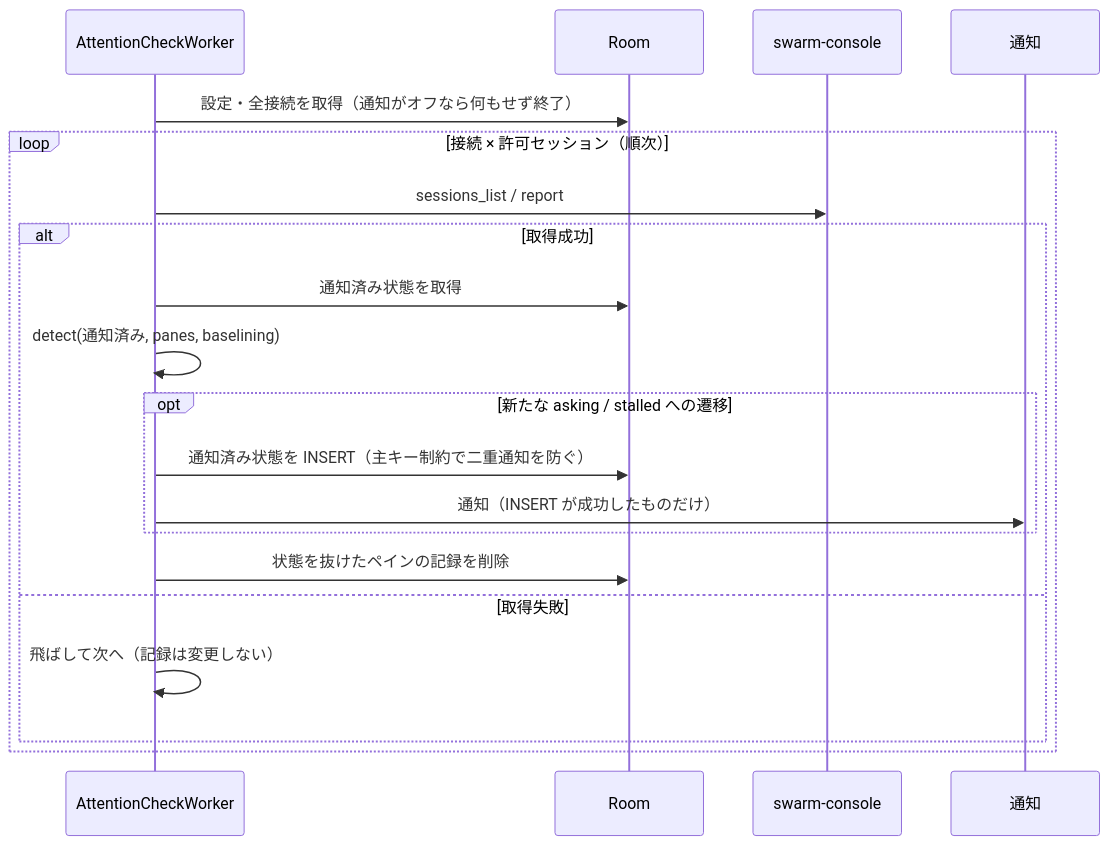
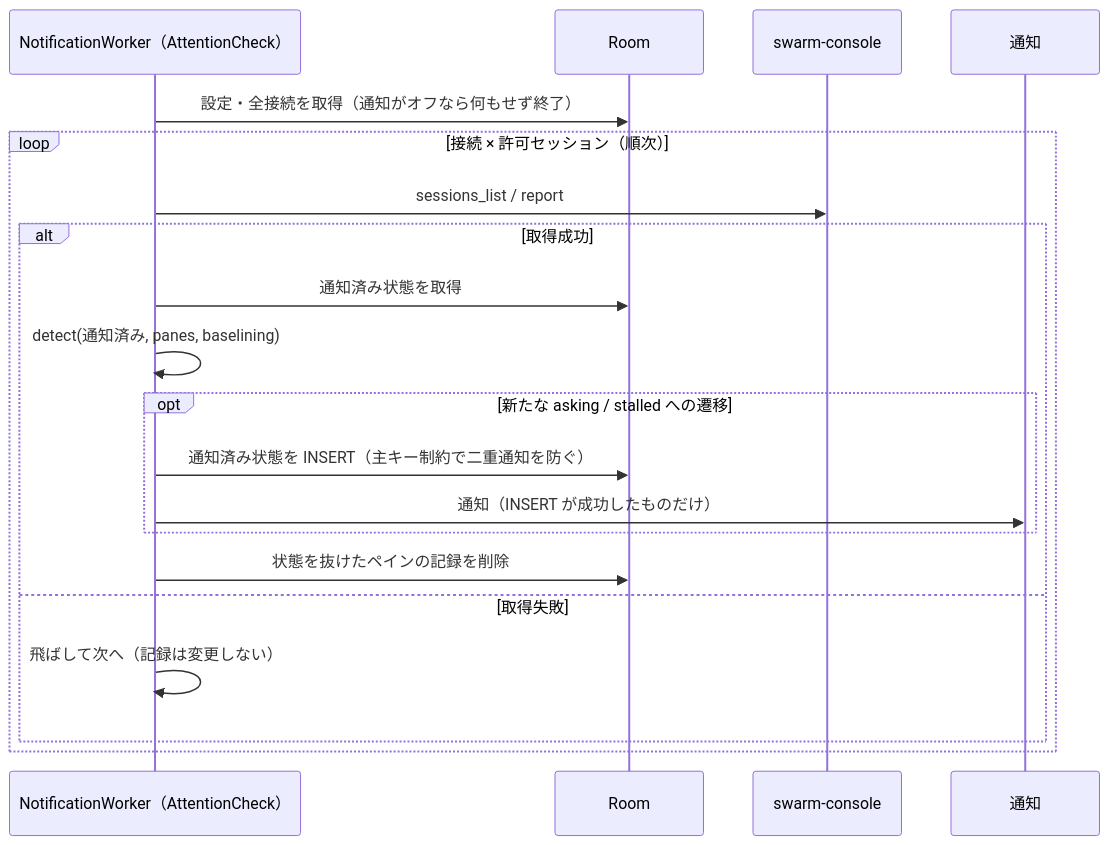
Before and after one commit to ousiassllc/swarm-viewer: the diagram in docs/android/overview.md, drawn with Mermaid. The commit also changed other lines of this file and 34 other files, not shown here.

````diff
--- a/docs/android/overview.md
+++ b/docs/android/overview.md
@@ -63,23 +62,23 @@
 ```mermaid
 sequenceDiagram
-    participant W as AttentionCheckWorker
+    participant W as NotificationWorker（AttentionCheck）
     participant DB as Room
     participant C as swarm-console
     participant N as 通知
 
     W->>DB: 設定・全接続を取得（通知がオフなら何もせず終了）
     loop 接続 × 許可セッション（順次）
         W->>C: sessions_list / report
         alt 取得成功
             W->>DB: 通知済み状態を取得
             W->>W: detect(通知済み, panes, baselining)
             opt 新たな asking / stalled への遷移
                 W->>DB: 通知済み状態を INSERT（主キー制約で二重通知を防ぐ）
                 W->>N: 通知（INSERT が成功したものだけ）
             end
             W->>DB: 状態を抜けたペインの記録を削除
         else 取得失敗
             W->>W: 飛ばして次へ（記録は変更しない）
         end
     end
 ```
````
